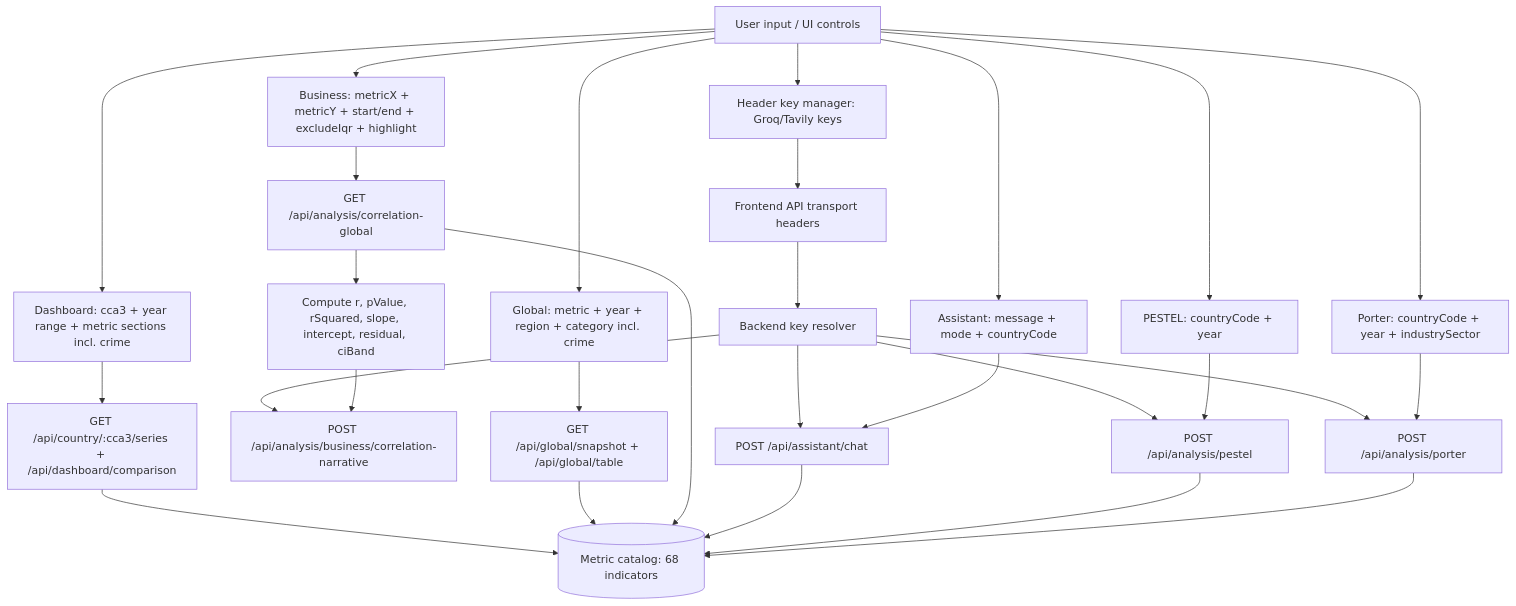
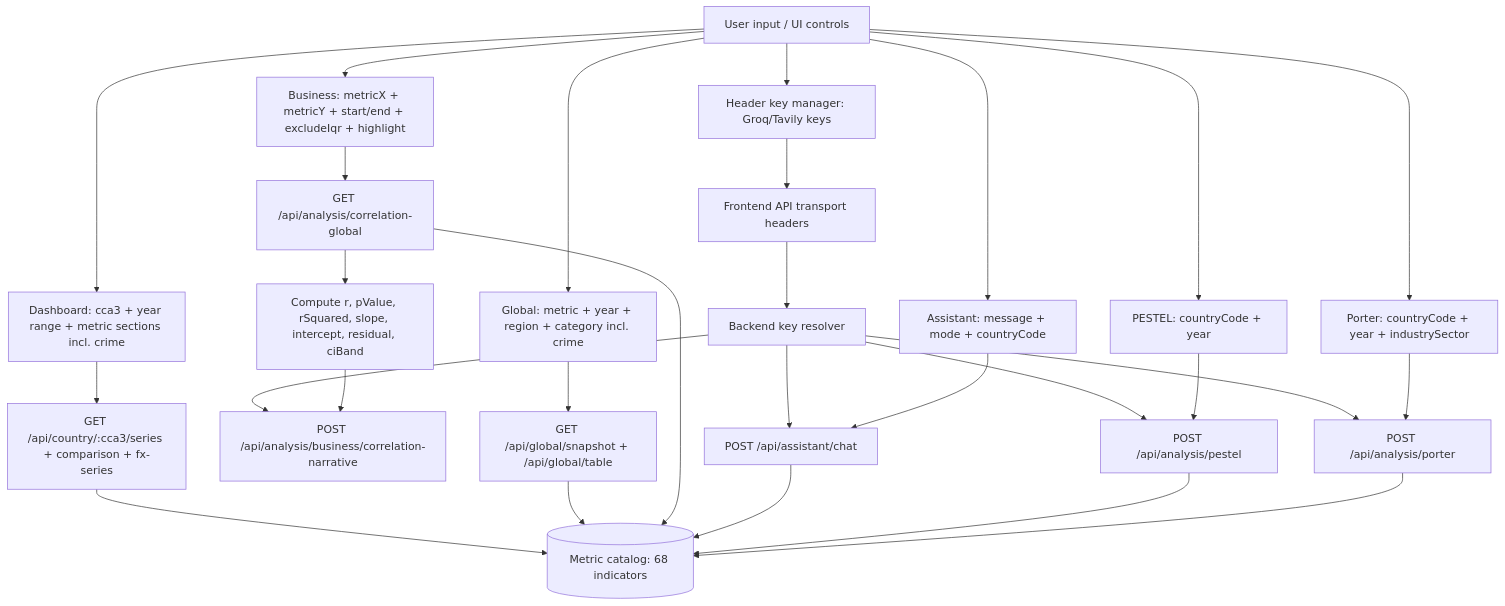
Before and after one commit to RifqiMT/country-analytics-platform: the second of 2 diagrams in docs/VARIABLES.md, drawn with Mermaid. The commit also changed other lines of this file and 24 other files, not shown here.

````diff
--- a/docs/VARIABLES.md
+++ b/docs/VARIABLES.md
@@ -257,29 +321,29 @@
 ```mermaid
 flowchart TD
   U[User input / UI controls] --> K1[Header key manager: Groq/Tavily keys]
   K1 --> K2[Frontend API transport headers]
   K2 --> E0[Backend key resolver]
   U --> A1[Assistant: message + mode + countryCode]
   U --> B1[Business: metricX + metricY + start/end + excludeIqr + highlight]
   U --> C1[PESTEL: countryCode + year]
   U --> D1[Porter: countryCode + year + industrySector]
   U --> F1[Dashboard: cca3 + year range + metric sections incl. crime]
   U --> G1[Global: metric + year + region + category incl. crime]
 
   E0 --> E1 & E4 & E5 & E6
   A1 --> E1[POST /api/assistant/chat]
   B1 --> E2[GET /api/analysis/correlation-global]
   E2 --> E3[Compute r, pValue, rSquared, slope, intercept, residual, ciBand]
   E3 --> E4[POST /api/analysis/business/correlation-narrative]
   C1 --> E5[POST /api/analysis/pestel]
   D1 --> E6[POST /api/analysis/porter]
-  F1 --> E7[GET /api/country/:cca3/series + /api/dashboard/comparison]
+  F1 --> E7[GET /api/country/:cca3/series + comparison + fx-series]
   G1 --> E8[GET /api/global/snapshot + /api/global/table]
 
   E7 --> M1[(Metric catalog: 68 indicators)]
   E8 --> M1
   E2 --> M1
   E1 --> M1
   E5 --> M1
   E6 --> M1
 ```
````
